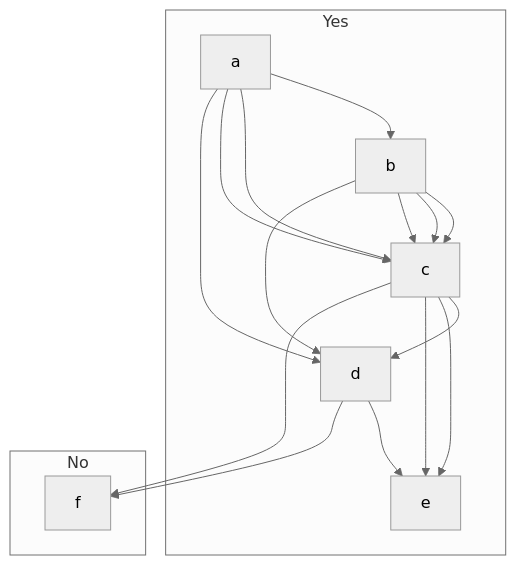
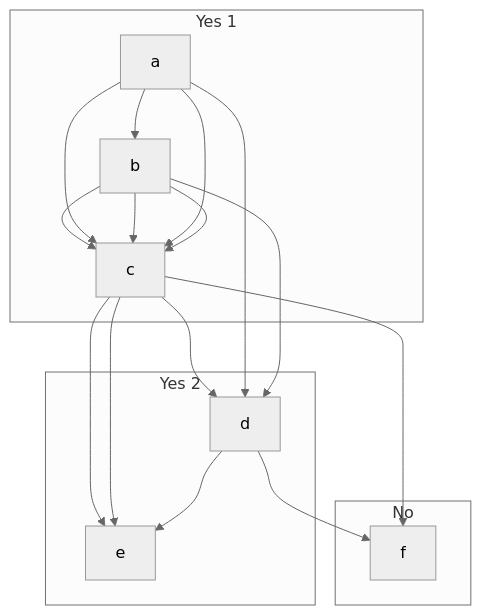
Diagram 12 of 12 in Blog/GLR-Refactoring/Mermaid.md (vczh-websites/vczh), drawn with Mermaid (neutral theme) before and after one commit.

````diff
--- a/Blog/GLR-Refactoring/Mermaid.md
+++ b/Blog/GLR-Refactoring/Mermaid.md
@@ -230,14 +230,14 @@
 ```mermaid
 graph TD
-  subgraph Yes
+  subgraph Yes 1
     a-->b-->c
   end
 
-  subgraph Yes
+  subgraph Yes 2
     a & b --> c --> d & e
   end
 
   subgraph No
     a & b --> c & d --> e & f
   end
 ```
````
